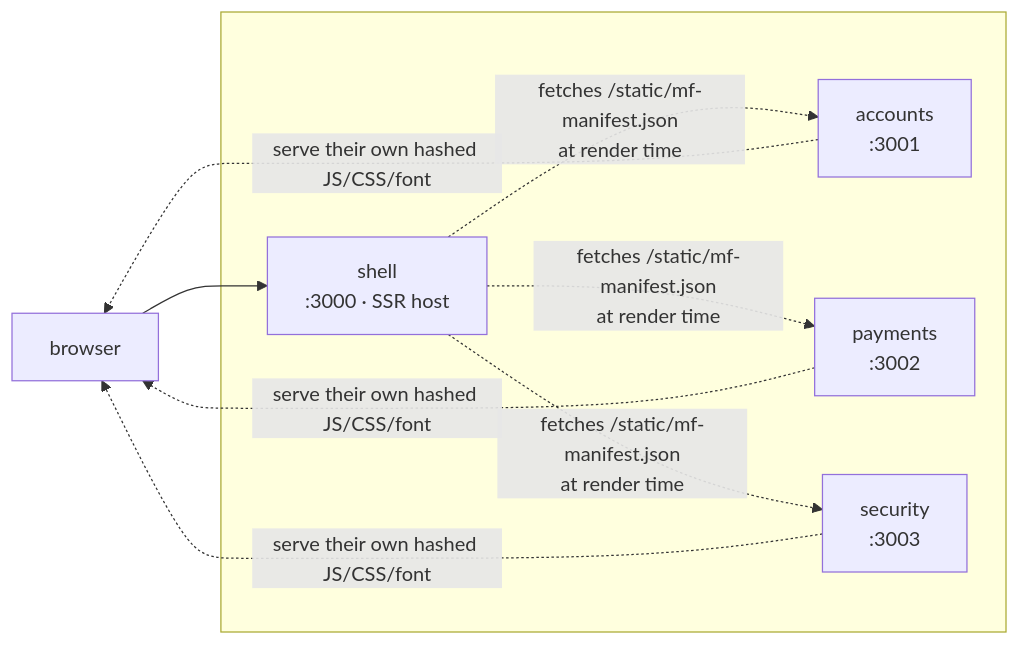
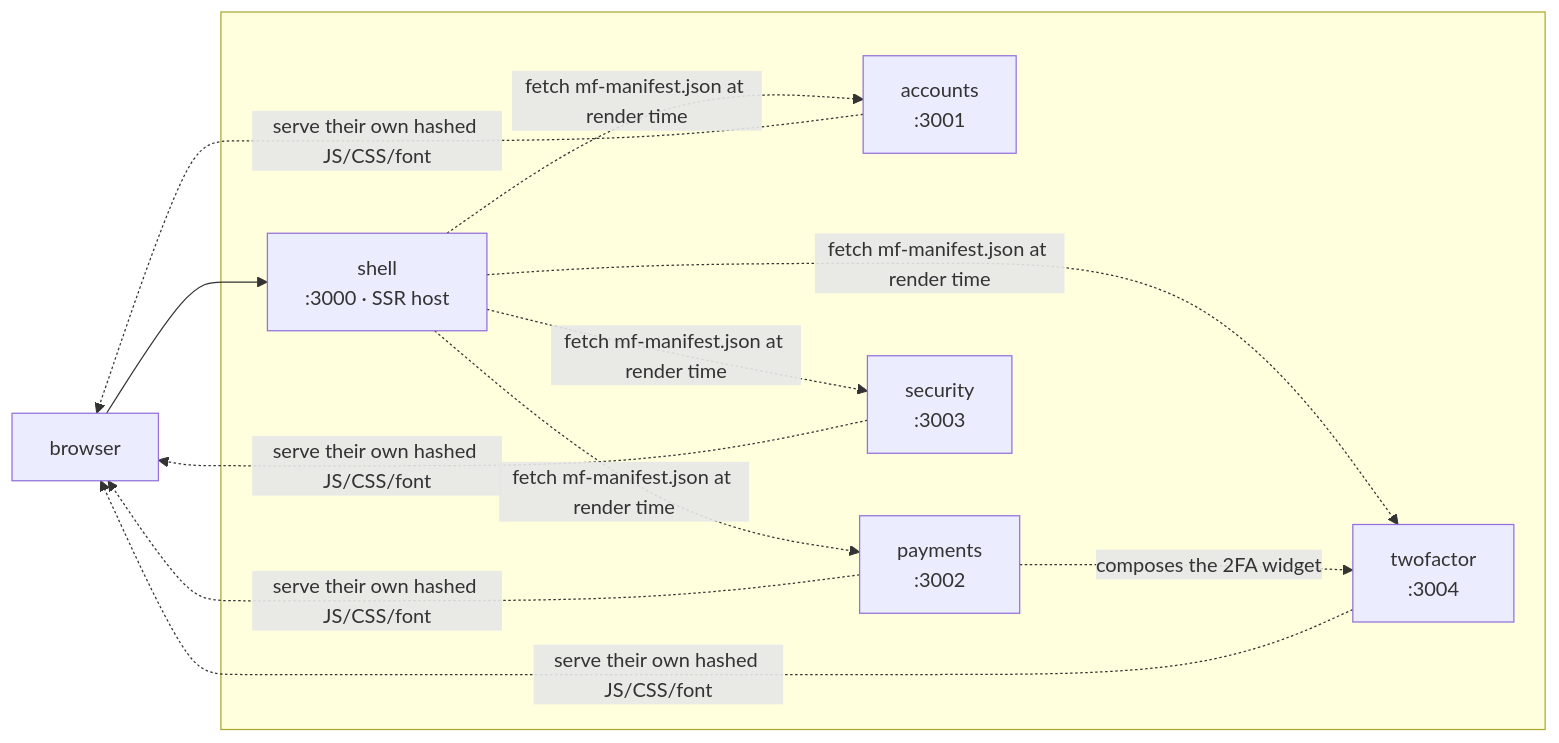
One commit to hakangenc1/MF-Modern.js-v3 changed the first of 2 diagrams in docs/DEPLOYMENT.md. Above: the diagram before and after it, drawn with Mermaid. The commit also changed other lines of this file and 38 other files, not shown here.

````diff
--- a/docs/DEPLOYMENT.md
+++ b/docs/DEPLOYMENT.md
@@ -93,14 +94,16 @@
 ```mermaid
 flowchart LR
     U["browser"] --> SH
 
     subgraph cloud [" "]
         SH["shell<br/>:3000 · SSR host"]
         AC["accounts<br/>:3001"]
         PY["payments<br/>:3002"]
         SC["security<br/>:3003"]
+        TF["twofactor<br/>:3004"]
     end
 
-    SH -. "fetches /static/mf-manifest.json<br/>at render time" .-> AC & PY & SC
-    AC & PY & SC -. "serve their own hashed JS/CSS/font" .-> U
+    SH -. "fetch mf-manifest.json at render time" .-> AC & PY & SC & TF
+    PY -. "composes the 2FA widget" .-> TF
+    AC & PY & SC & TF -. "serve their own hashed JS/CSS/font" .-> U
 ```
````
